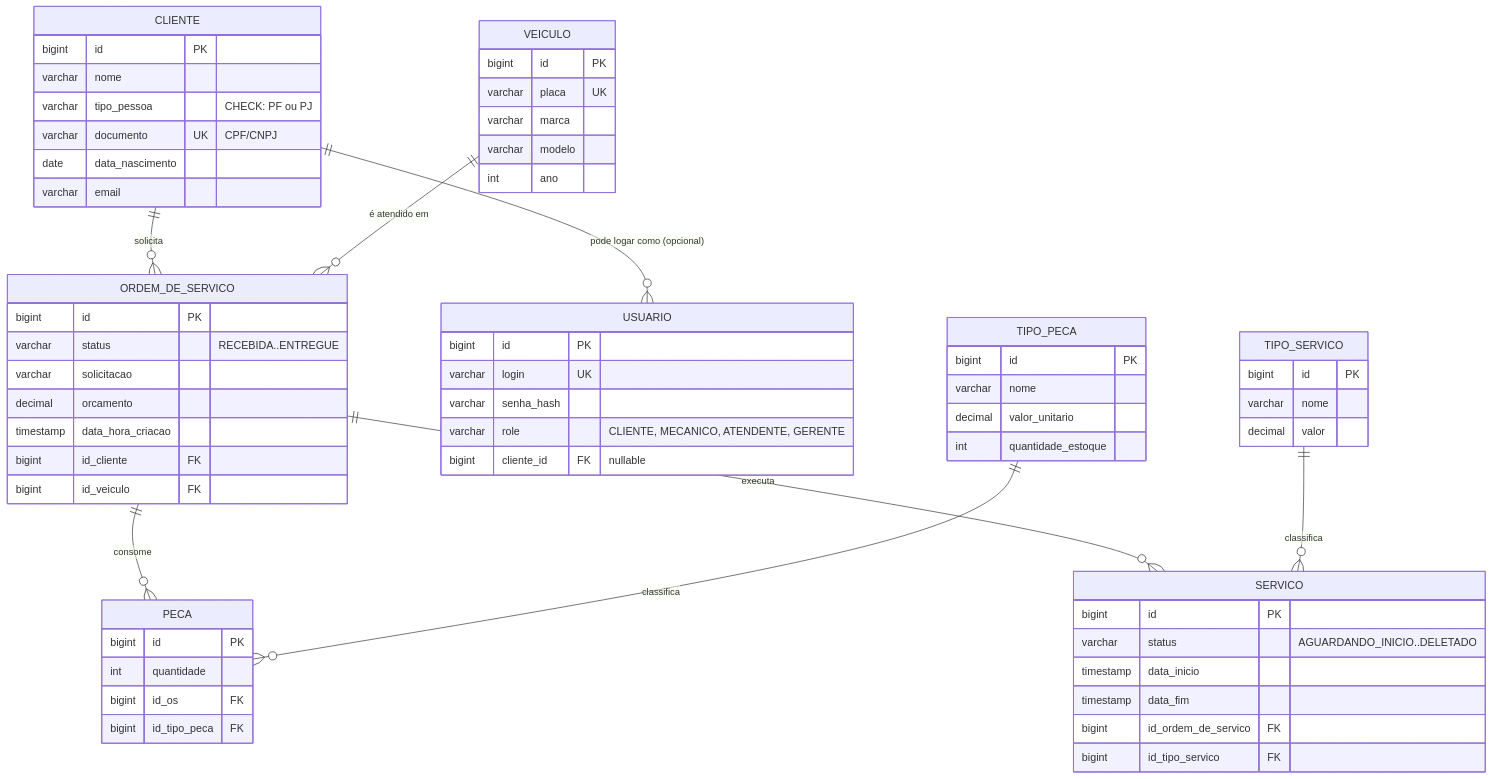
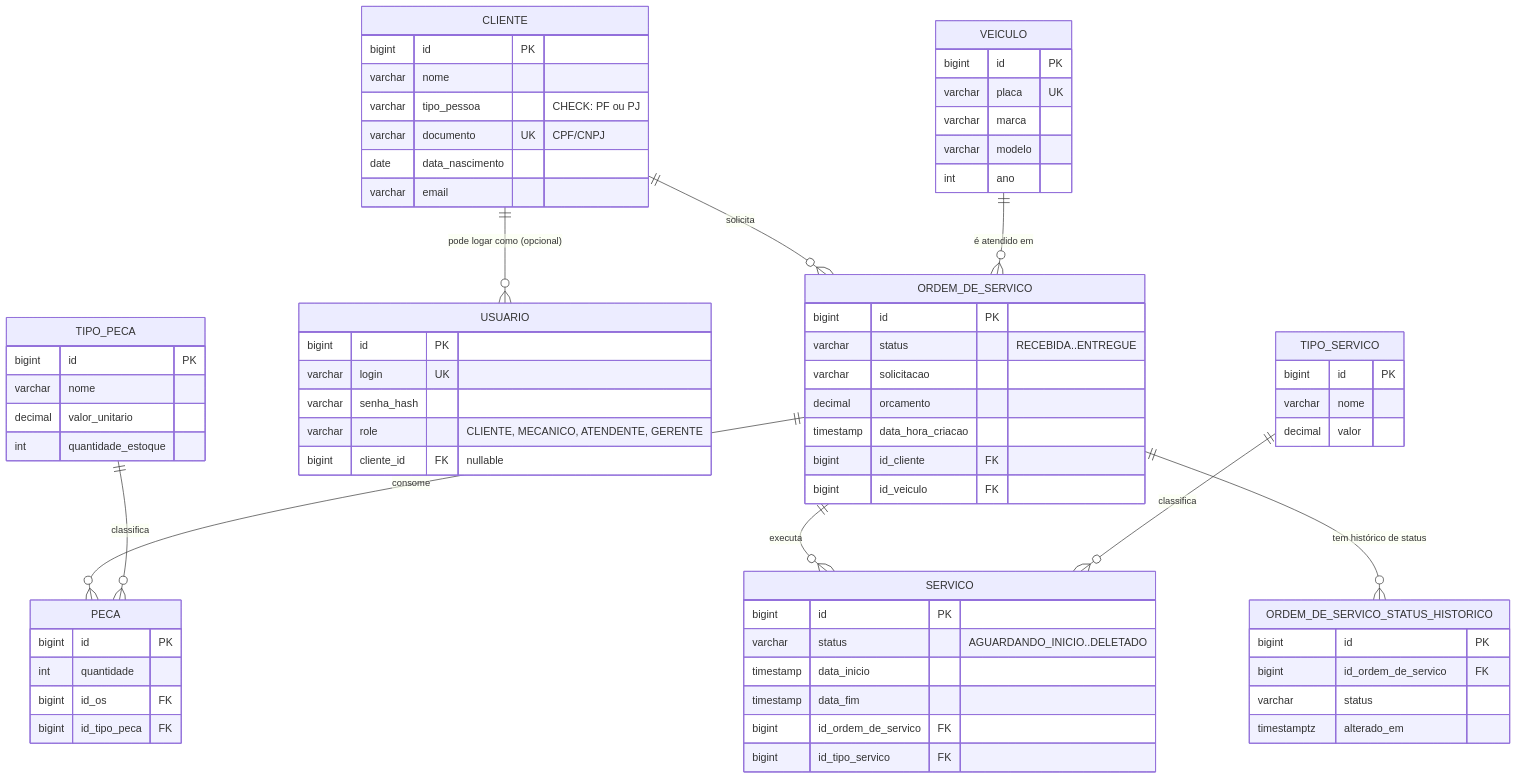
One commit to theodirk21/tech-challenge-infra-db changed the diagram in docs/Modelo-Relacional-e-Diagrama-ER.md. Above: the diagram before and after it, drawn with Mermaid. The commit also changed other lines of this file and 3 other files, not shown here.

Commit message:
adequação de referência de documentação e mapeamento de ER

````diff
--- a/docs/Modelo-Relacional-e-Diagrama-ER.md
+++ b/docs/Modelo-Relacional-e-Diagrama-ER.md
@@ -19,74 +19,82 @@
 ```mermaid
 erDiagram
     CLIENTE ||--o{ ORDEM_DE_SERVICO : "solicita"
     VEICULO ||--o{ ORDEM_DE_SERVICO : "é atendido em"
     CLIENTE ||--o{ USUARIO : "pode logar como (opcional)"
     ORDEM_DE_SERVICO ||--o{ PECA : "consome"
     TIPO_PECA ||--o{ PECA : "classifica"
     ORDEM_DE_SERVICO ||--o{ SERVICO : "executa"
     TIPO_SERVICO ||--o{ SERVICO : "classifica"
+    ORDEM_DE_SERVICO ||--o{ ORDEM_DE_SERVICO_STATUS_HISTORICO : "tem histórico de status"
 
     CLIENTE {
         bigint id PK
         varchar nome
         varchar tipo_pessoa "CHECK: PF ou PJ"
         varchar documento UK "CPF/CNPJ"
         date data_nascimento
         varchar email
     }
 
     VEICULO {
         bigint id PK
         varchar placa UK
         varchar marca
         varchar modelo
         int ano
     }
 
     ORDEM_DE_SERVICO {
         bigint id PK
         varchar status "RECEBIDA..ENTREGUE"
         varchar solicitacao
         decimal orcamento
         timestamp data_hora_criacao
         bigint id_cliente FK
         bigint id_veiculo FK
     }
 
     TIPO_PECA {
         bigint id PK
         varchar nome
         decimal valor_unitario
         int quantidade_estoque
     }
 
     PECA {
         bigint id PK
         int quantidade
         bigint id_os FK
         bigint id_tipo_peca FK
     }
 
     TIPO_SERVICO {
         bigint id PK
         varchar nome
         decimal valor
     }
 
     SERVICO {
         bigint id PK
         varchar status "AGUARDANDO_INICIO..DELETADO"
         timestamp data_inicio
         timestamp data_fim
         bigint id_ordem_de_servico FK
         bigint id_tipo_servico FK
     }
 
     USUARIO {
         bigint id PK
         varchar login UK
         varchar senha_hash
         varchar role "CLIENTE, MECANICO, ATENDENTE, GERENTE"
         bigint cliente_id FK "nullable"
     }
+
+    ORDEM_DE_SERVICO_STATUS_HISTORICO {
+        bigint id PK
+        bigint id_ordem_de_servico FK
+        varchar status
+        timestamptz alterado_em
+    }
 ```
````
